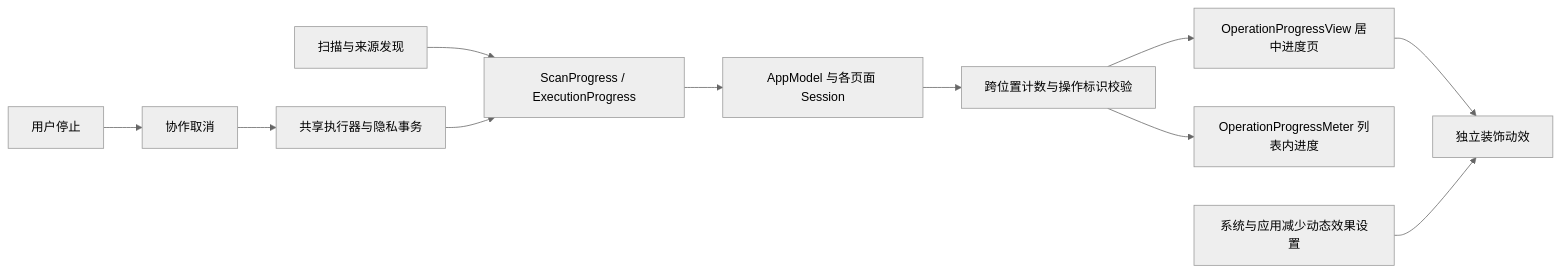
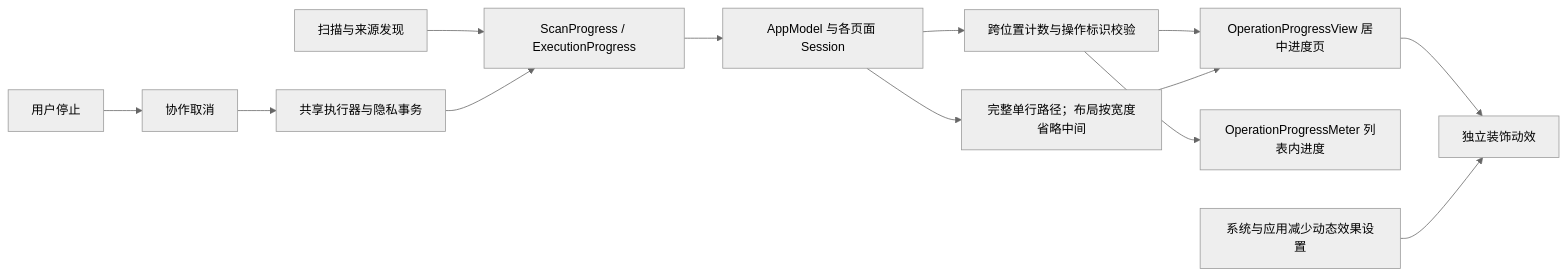
The first of 3 diagrams in docs/zh-CN/product/operation-progress.md (limecloud/shou), drawn with Mermaid (neutral theme) before and after one commit. The commit also changed other lines of this file and 86 other files, not shown here.

````diff
--- a/docs/zh-CN/product/operation-progress.md
+++ b/docs/zh-CN/product/operation-progress.md
@@ -26,13 +28,15 @@
 ```mermaid
 flowchart LR
   Scanner[扫描与来源发现] --> Events[ScanProgress / ExecutionProgress]
   Executor[共享执行器与隐私事务] --> Events
   Events --> Sessions[AppModel 与各页面 Session]
   Sessions --> Aggregate[跨位置计数与操作标识校验]
   Aggregate --> Full[OperationProgressView 居中进度页]
   Aggregate --> Inline[OperationProgressMeter 列表内进度]
+  Sessions --> Path[完整单行路径；布局按宽度省略中间]
+  Path --> Full
   Full --> Artwork[独立装饰动效]
   Preferences[系统与应用减少动态效果设置] --> Artwork
   User[用户停止] --> Cancel[协作取消]
   Cancel --> Executor
 ```
````
